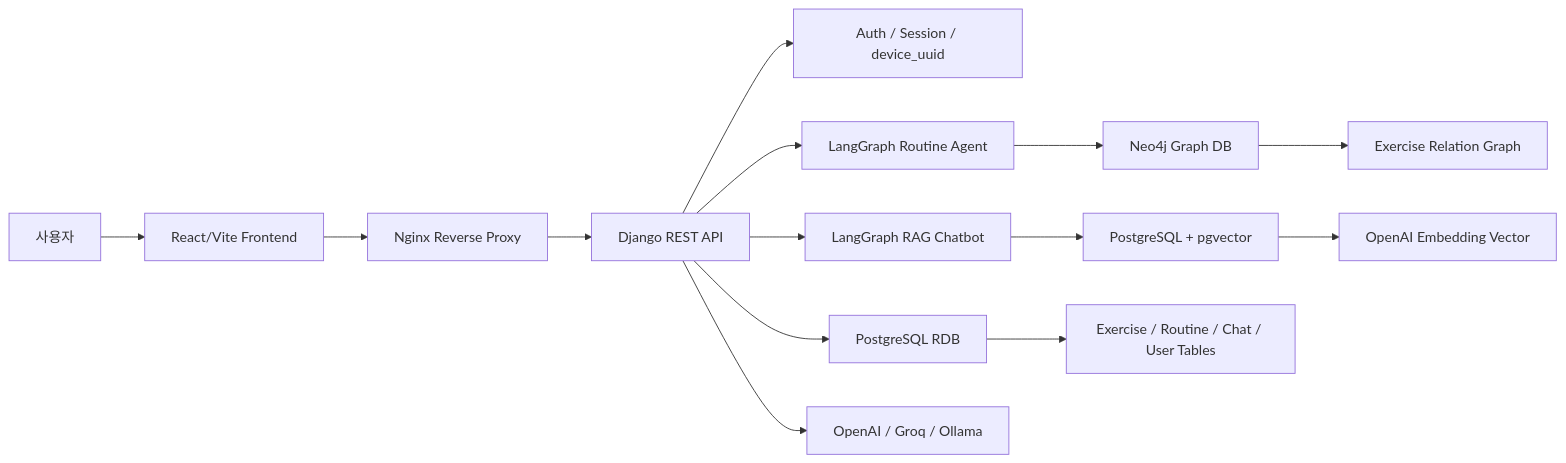
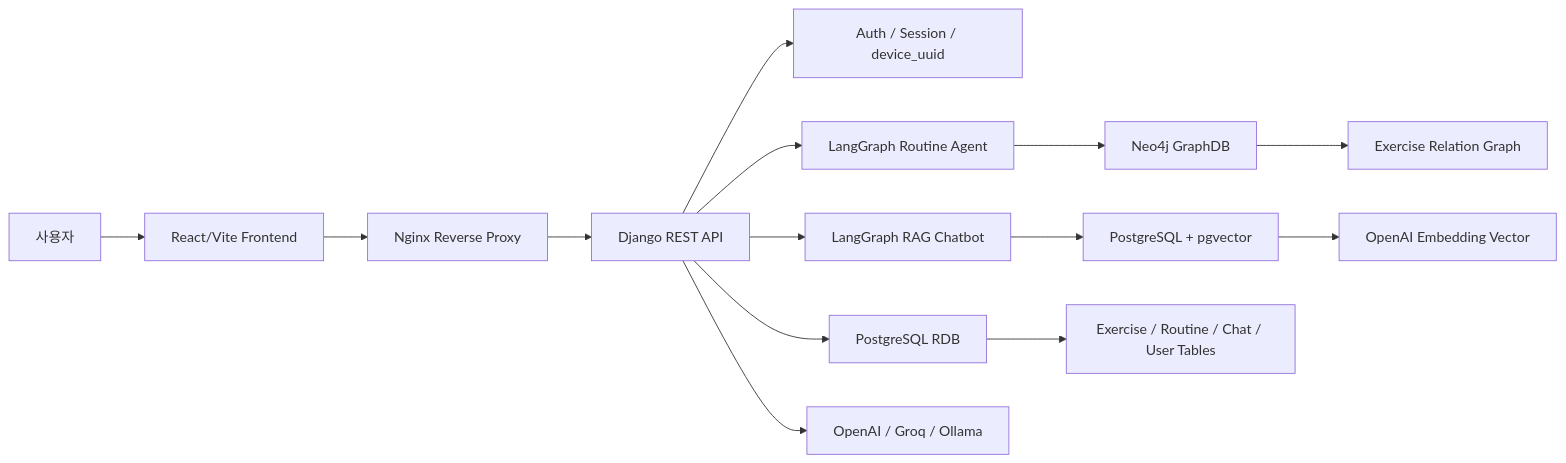
Before and after one commit to SKNETWORKS-FAMILY-AICAMP/SKN27-4th-4team: the first of 3 diagrams in docs/architecture/architecture.md, drawn with Mermaid. The commit also changed other lines of this file and 18 other files, not shown here.

````diff
--- a/docs/architecture/architecture.md
+++ b/docs/architecture/architecture.md
@@ -7,20 +7,20 @@
 ```mermaid
 flowchart LR
     User["사용자"] --> Browser["React/Vite Frontend"]
     Browser --> Nginx["Nginx Reverse Proxy"]
     Nginx --> Django["Django REST API"]
 
     Django --> Auth["Auth / Session / device_uuid"]
     Django --> Routine["LangGraph Routine Agent"]
     Django --> Chatbot["LangGraph RAG Chatbot"]
 
-    Routine --> Neo4j["Neo4j Graph DB"]
+    Routine --> Neo4j["Neo4j GraphDB"]
     Chatbot --> PGVector["PostgreSQL + pgvector"]
     Django --> Postgres["PostgreSQL RDB"]
 
     Postgres --> Data["Exercise / Routine / Chat / User Tables"]
     Neo4j --> GraphData["Exercise Relation Graph"]
     PGVector --> Embedding["OpenAI Embedding Vector"]
 
     Django --> LLM["OpenAI / Groq / Ollama"]
 ```
````
